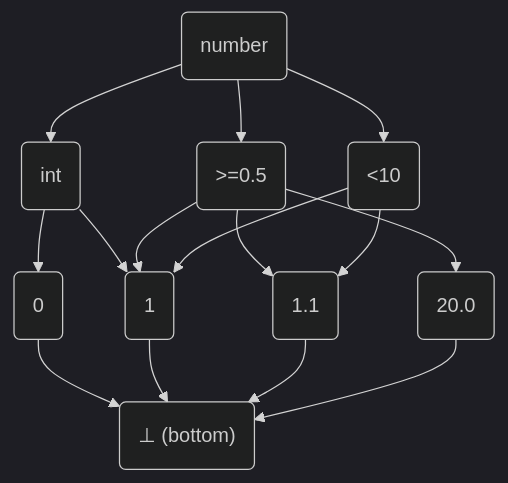
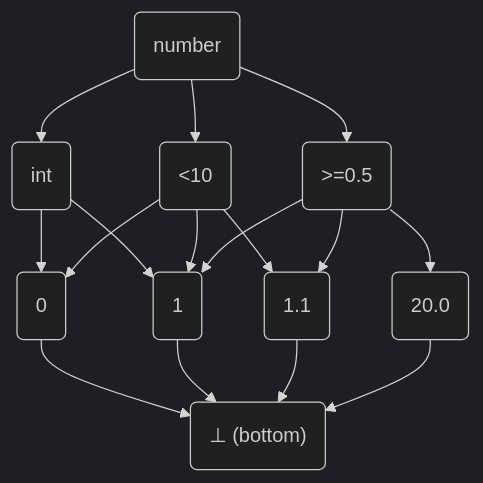
Before and after one commit to cue-lang/cuelang.org: the fourth of 9 diagrams in content/docs/concept/the-logic-of-cue/en.md, drawn with Mermaid (dark theme). The commit also changed 1 other file, not shown here.

Commit message:
cuelang.org/logic-of-cue: add missing arc to diagram
The diagram at
https://cuelang.org/docs/concept/the-logic-of-cue/#numbers is missing
an arc from "<10" to "0".

This change adds that arc.

The reordering of lines is necessary for mermaid to order the arcs
sensibly.

```diff
--- a/content/docs/concept/the-logic-of-cue/en.md
+++ b/content/docs/concept/the-logic-of-cue/en.md
@@ -185,20 +185,21 @@
 {{< mermaid >}}
 graph TD
     N(number)
     N --> I("int")
     N --> GEH(">=0.5")
     N --> LTC("<10")
     I --> Z("0")
     I --> One("1")
     IFI("1.1")
+    LTC --> Z
+    LTC --> One
+    LTC --> IFI
     GEH --> One
     GEH --> IFI
     GEH --> CCF("20.0")
-    LTC --> One
-    LTC --> IFI
     Z --> E
     One --> E
     IFI --> E
     CCF --> E
     E("⊥ (bottom)")
 {{< /mermaid >}}
```
